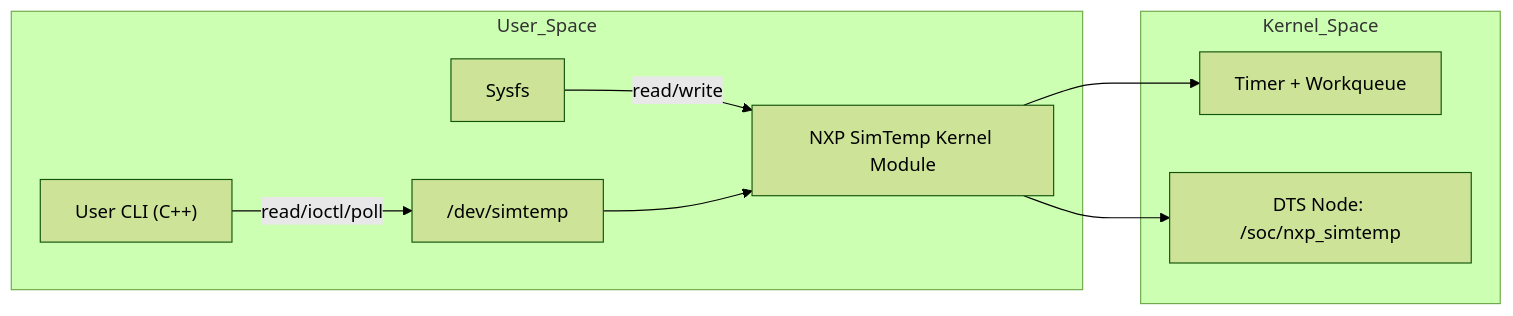
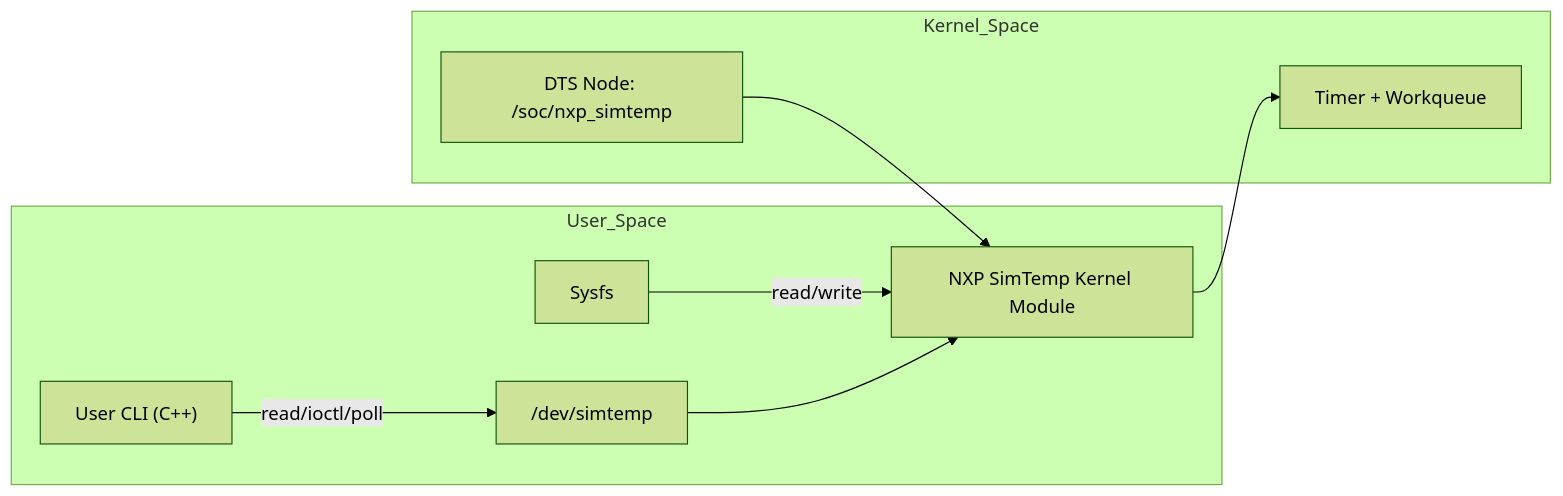
One commit to DarioGarciaPr/NXP changed the second of 2 diagrams in simtemp/docs/DESIGN.md. Above: the diagram before and after it, drawn with Mermaid (forest theme). The commit also changed 1 other file, not shown here.

Commit message:
version completa

````diff
--- a/simtemp/docs/DESIGN.md
+++ b/simtemp/docs/DESIGN.md
@@ -38,14 +38,14 @@
 ```mermaid
 flowchart LR
     subgraph User_Space
         A["User CLI (C++)"] -->|read/ioctl/poll| B["/dev/simtemp"]
         C["Sysfs"] -->|read/write| D["NXP SimTemp Kernel Module"]
     end
 
     subgraph Kernel_Space
         D --> E["Timer + Workqueue"]
-        D --> F["DTS Node: /soc/nxp_simtemp"] 
+        F["DTS Node: /soc/nxp_simtemp"] --> D
     end
 
     B --> D
 ```
````
